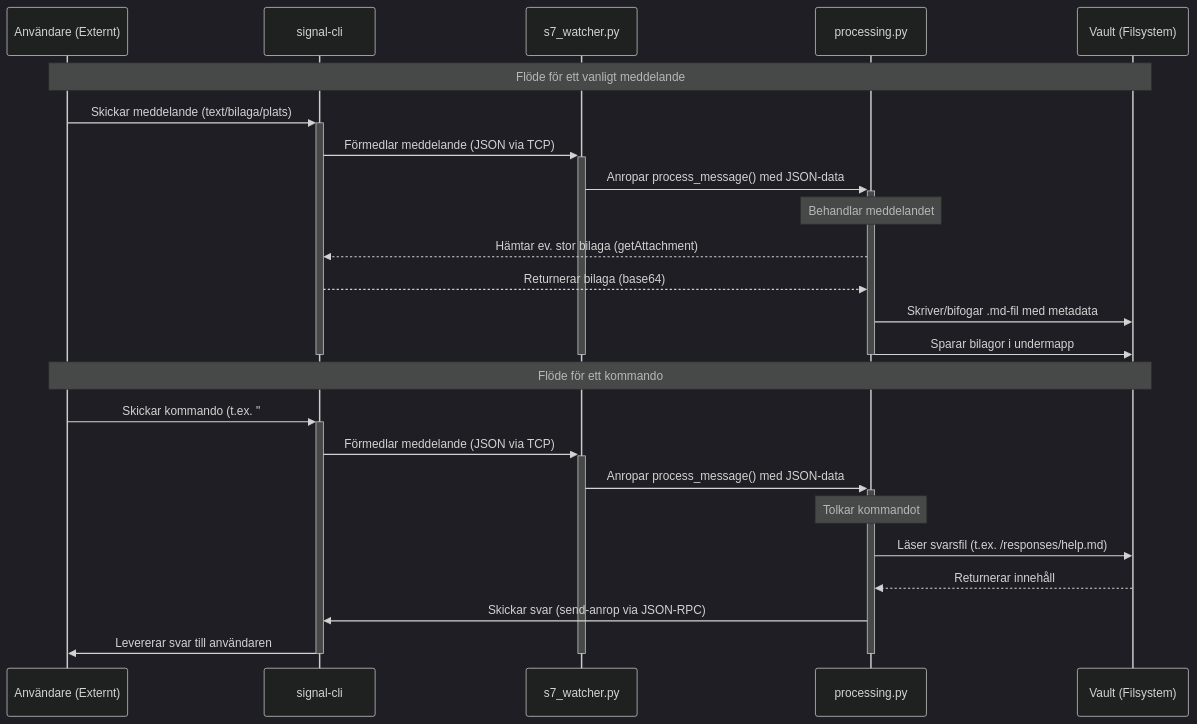
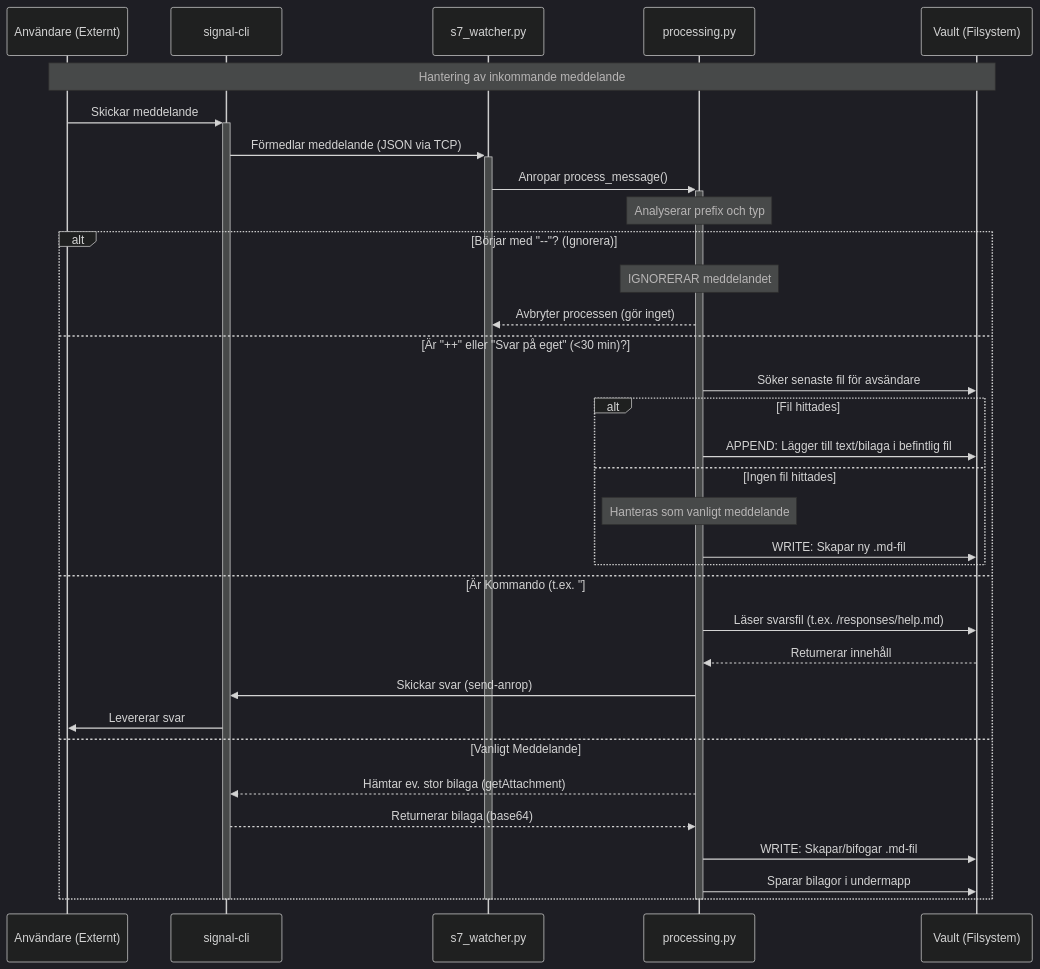
Before and after one commit to NicklasAndersson/oden: the diagram in docs/Flow.md, drawn with Mermaid (dark theme). The commit also changed other lines of this file and 3 other files, not shown here.

````diff
--- a/docs/Flow.md
+++ b/docs/Flow.md
@@ -5,43 +5,48 @@
 ```mermaid
 sequenceDiagram
     participant Externt as Användare (Externt)
     participant Signal as signal-cli
     participant Watcher as s7_watcher.py
     participant Processor as processing.py
     participant Valv as Vault (Filsystem)
 
-    Note over Externt, Valv: Flöde för ett vanligt meddelande
+    Note over Externt, Valv: Hantering av inkommande meddelande
 
-    Externt->>+Signal: Skickar meddelande (text/bilaga/plats)
+    Externt->>+Signal: Skickar meddelande
     Signal->>+Watcher: Förmedlar meddelande (JSON via TCP)
-    Watcher->>+Processor: Anropar process_message() med JSON-data
+    Watcher->>+Processor: Anropar process_message()
     
-    Note over Processor: Behandlar meddelandet
-    Processor-->>Signal: Hämtar ev. stor bilaga (getAttachment)
-    Signal-->>Processor: Returnerar bilaga (base64)
+    Note over Processor: Analyserar prefix och typ
     
-    Processor->>Valv: Skriver/bifogar .md-fil med metadata
-    Processor->>Valv: Sparar bilagor i undermapp
-    
-    deactivate Processor
-    deactivate Watcher
-    deactivate Signal
-    
-    Note over Externt, Valv: Flöde för ett kommando
+    alt Börjar med "--"? (Ignorera)
+        Note over Processor: IGNORERAR meddelandet
+        Processor-->>Watcher: Avbryter processen (gör inget)
 
-    Externt->>+Signal: Skickar kommando (t.ex. "#help")
-    Signal->>+Watcher: Förmedlar meddelande (JSON via TCP)
-    Watcher->>+Processor: Anropar process_message() med JSON-data
-    
-    Note over Processor: Tolkar kommandot
-    Processor->>Valv: Läser svarsfil (t.ex. /responses/help.md)
-    Valv-->>Processor: Returnerar innehåll
-    
-    Processor->>Signal: Skickar svar (send-anrop via JSON-RPC)
-    Signal->>Externt: Levererar svar till användaren
+    else Är "++" eller "Svar på eget" (<30 min)?
+        Processor->>Valv: Söker senaste fil för avsändare
+        
+        alt Fil hittades
+            Processor->>Valv: APPEND: Lägger till text/bilaga i befintlig fil
+        else Ingen fil hittades
+            Note over Processor: Hanteras som vanligt meddelande
+            Processor->>Valv: WRITE: Skapar ny .md-fil
+        end
+
+    else Är Kommando (t.ex. "#help")?
+        Processor->>Valv: Läser svarsfil (t.ex. /responses/help.md)
+        Valv-->>Processor: Returnerar innehåll
+        Processor->>Signal: Skickar svar (send-anrop)
+        Signal->>Externt: Levererar svar
+
+    else Vanligt Meddelande
+        Processor-->>Signal: Hämtar ev. stor bilaga (getAttachment)
+        Signal-->>Processor: Returnerar bilaga (base64)
+        Processor->>Valv: WRITE: Skapar/bifogar .md-fil
+        Processor->>Valv: Sparar bilagor i undermapp
+    end
     
     deactivate Processor
     deactivate Watcher
     deactivate Signal
 
 ```
````
